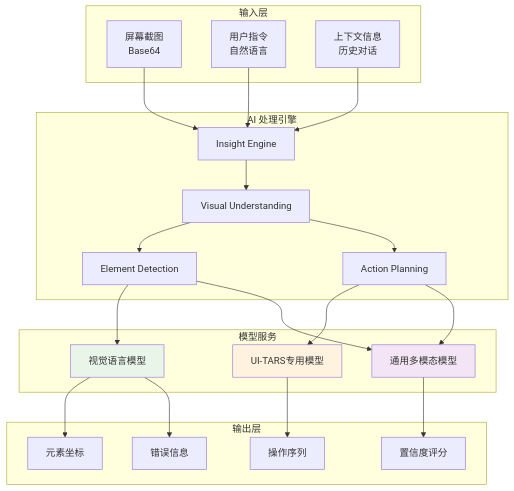
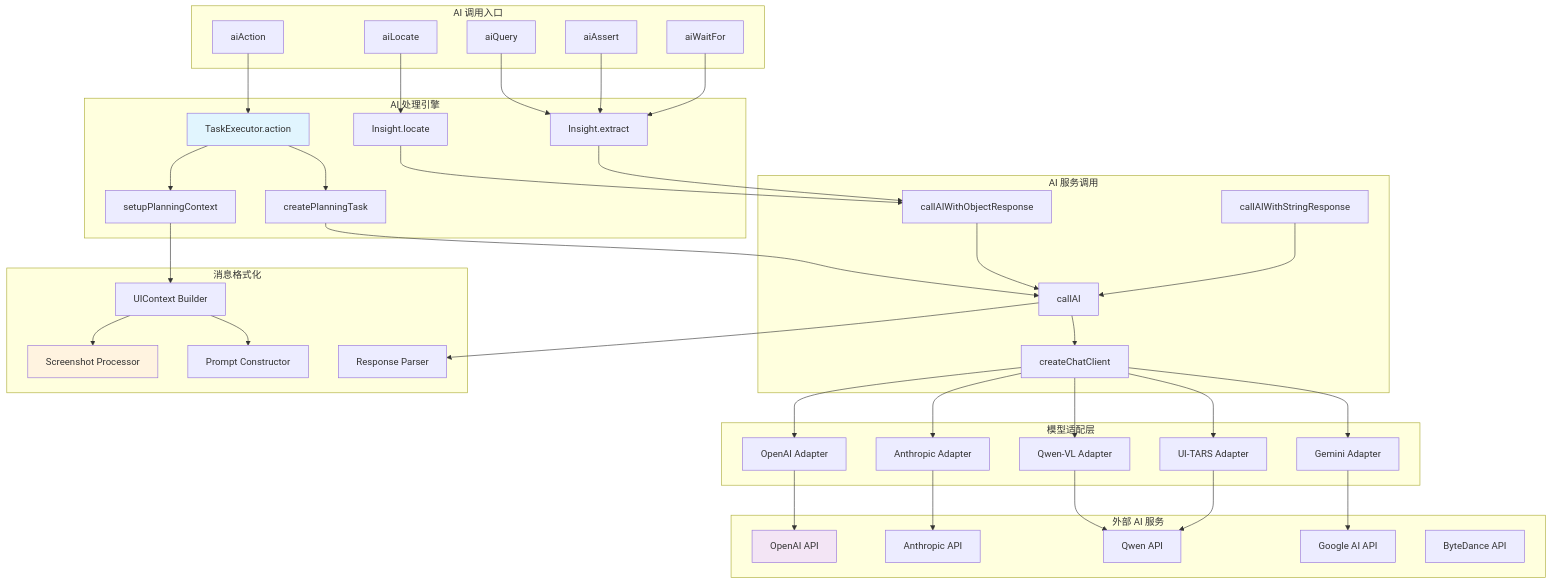
One commit to zhuozp/AI-UI- changed the fourth of 9 diagrams in README.md. Above: the diagram before and after it, drawn with Mermaid. The commit also changed other lines of this file, not shown here.

````diff
--- a/README.md
+++ b/README.md
@@ -207,47 +257,86 @@
 ```mermaid
 graph TB
-    subgraph "输入层"
-        A[屏幕截图<br/>Base64]
-        B[用户指令<br/>自然语言]
-        C[上下文信息<br/>历史对话]
+    subgraph "AI 调用入口"
+        E1[aiAction]
+        E2[aiQuery]
+        E3[aiAssert]
+        E4[aiLocate]
+        E5[aiWaitFor]
     end
     
     subgraph "AI 处理引擎"
-        D[Insight Engine]
-        E[Visual Understanding]
-        F[Element Detection]
-        G[Action Planning]
+        P1[TaskExecutor.action]
+        P2[Insight.locate]
+        P3[Insight.extract] 
+        P4[setupPlanningContext]
+        P5[createPlanningTask]
     end
     
-    subgraph "模型服务"
-        H[视觉语言模型]
-        I[UI-TARS专用模型]
-        J[通用多模态模型]
+    subgraph "AI 服务调用"
+        S1[callAI]
+        S2[callAIWithObjectResponse]
+        S3[callAIWithStringResponse]
+        S4[createChatClient]
     end
     
-    subgraph "输出层"  
-        K[元素坐标]
-        L[操作序列]
-        M[置信度评分]
-        N[错误信息]
+    subgraph "模型适配层"
+        M1[OpenAI Adapter]
+        M2[Anthropic Adapter]
+        M3[Qwen-VL Adapter]
+        M4[UI-TARS Adapter]
+        M5[Gemini Adapter]
     end
     
-    A --> D
-    B --> D
-    C --> D
-    D --> E
-    E --> F
-    E --> G
-    F --> H
-    G --> I
-    F --> J
-    G --> J
-    H --> K
-    I --> L
-    J --> M
-    H --> N
+    subgraph "消息格式化"
+        F1[UIContext Builder]
+        F2[Screenshot Processor]
+        F3[Prompt Constructor]
+        F4[Response Parser]
+    end
     
-    style H fill:#e8f5e8
-    style I fill:#fff3e0
-    style J fill:#f3e5f5
+    subgraph "外部 AI 服务"
+        X1[OpenAI API]
+        X2[Anthropic API]
+        X3[Qwen API]
+        X4[Google AI API]
+        X5[ByteDance API]
+    end
+    
+    E1 --> P1
+    E2 --> P3
+    E3 --> P3
+    E4 --> P2
+    E5 --> P3
+    
+    P1 --> P4
+    P1 --> P5
+    P2 --> S2
+    P3 --> S2
+    
+    P4 --> F1
+    P5 --> S1
+    
+    S1 --> S4
+    S2 --> S1
+    S3 --> S1
+    
+    S4 --> M1
+    S4 --> M2
+    S4 --> M3
+    S4 --> M4
+    S4 --> M5
+    
+    F1 --> F2
+    F1 --> F3
+    S1 --> F4
+    
+    M1 --> X1
+    M2 --> X2
+    M3 --> X3
+    M4 --> X3
+    M5 --> X4
+    
+    style P1 fill:#e1f5fe
+    style F2 fill:#fff3e0
+    style X1 fill:#f3e5f5
 ```
````
